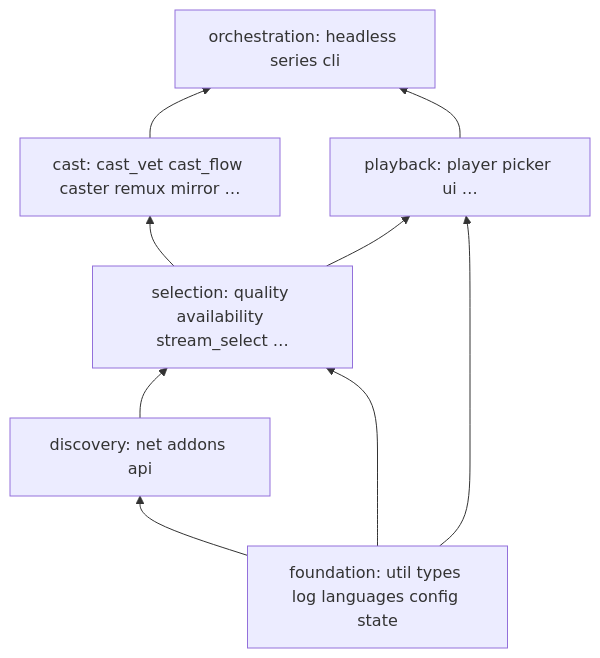
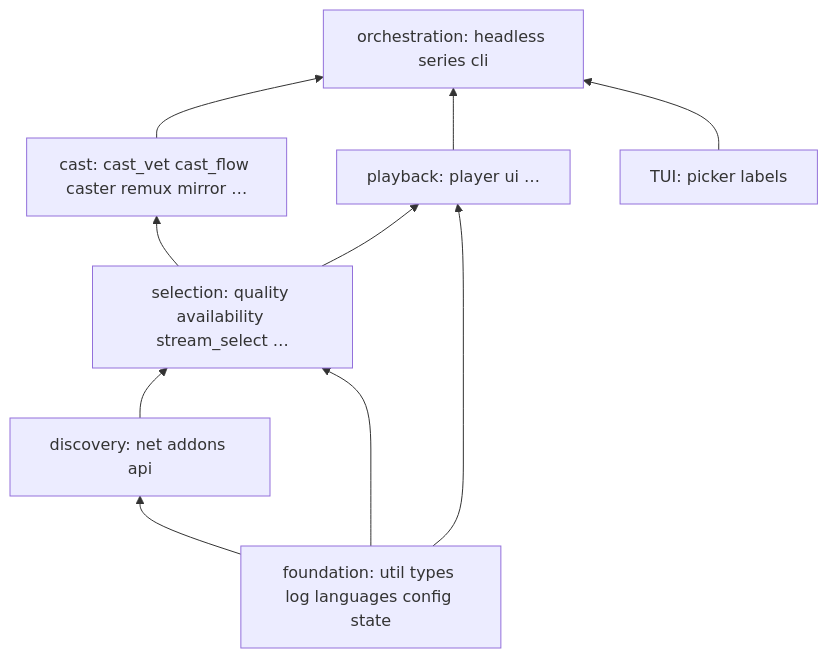
One commit to gianlucamazza/nstream changed the diagram in docs/architecture.md. Above: the diagram before and after it, drawn with Mermaid. The commit also changed other lines of this file and 3 other files, not shown here.

Commit message:
docs(architecture): real one-way graph, ADR 0037 rules, honest test claims; 0037 accepted

````diff
--- a/docs/architecture.md
+++ b/docs/architecture.md
@@ -36,17 +44,19 @@
 ```mermaid
 flowchart BT
   foundation[foundation: util types log languages config state]
   api[discovery: net addons api]
   sel[selection: quality availability stream_select …]
   cast[cast: cast_vet cast_flow caster remux mirror …]
-  play[playback: player picker ui …]
+  play[playback: player ui …]
+  tui[TUI: picker labels]
   orch[orchestration: headless series cli]
   foundation --> api
   foundation --> sel
   foundation --> play
   api --> sel
   sel --> cast
   sel --> play
   cast --> orch
   play --> orch
+  tui --> orch
 ```
````
